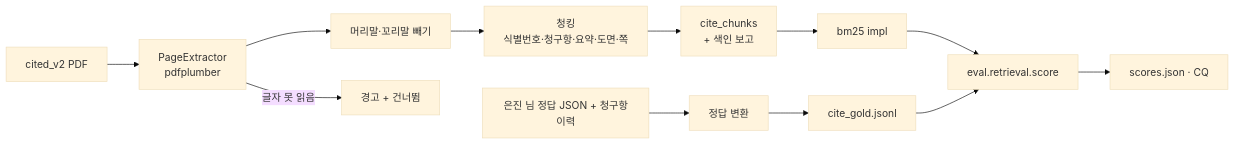
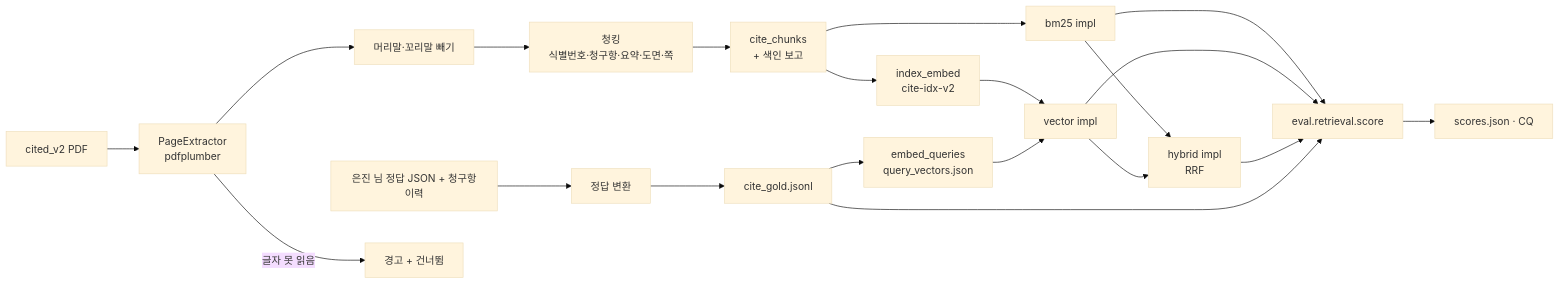
Before and after one commit to merge-mates/patent-ai-workspace: the diagram in docs/features/cite-search/design.md, drawn with Mermaid (base theme). The commit also changed other lines of this file and 2 other files, not shown here.

````diff
--- a/docs/features/cite-search/design.md
+++ b/docs/features/cite-search/design.md
@@ -24,8 +30,12 @@
 ```mermaid
 flowchart LR
     A[cited_v2 PDF] --> B[PageExtractor<br/>pdfplumber] --> C[머리말·꼬리말 빼기] --> D[청킹<br/>식별번호·청구항·요약·도면·쪽] --> E[cite_chunks<br/>+ 색인 보고]
     G[은진 님 정답 JSON + 청구항이력] --> H[정답 변환] --> I[cite_gold.jsonl]
     E --> J[bm25 impl] --> K[eval.retrieval.score] --> L[scores.json · CQ]
+    E --> V[index_embed<br/>cite-idx-v2] --> J2[vector impl] --> K
+    I --> Q[embed_queries<br/>query_vectors.json] --> J2
+    J --> R[hybrid impl<br/>RRF] --> K
+    J2 --> R
     I --> K
     B -- 글자 못 읽음 --> X[경고 + 건너뜀]
 ```
````
